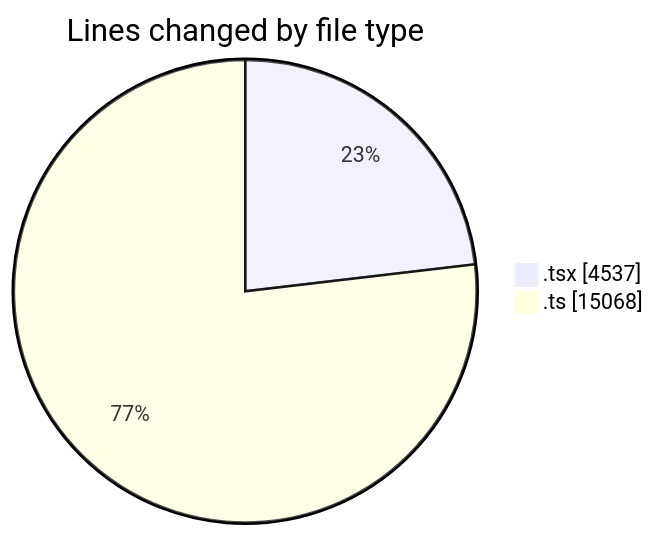
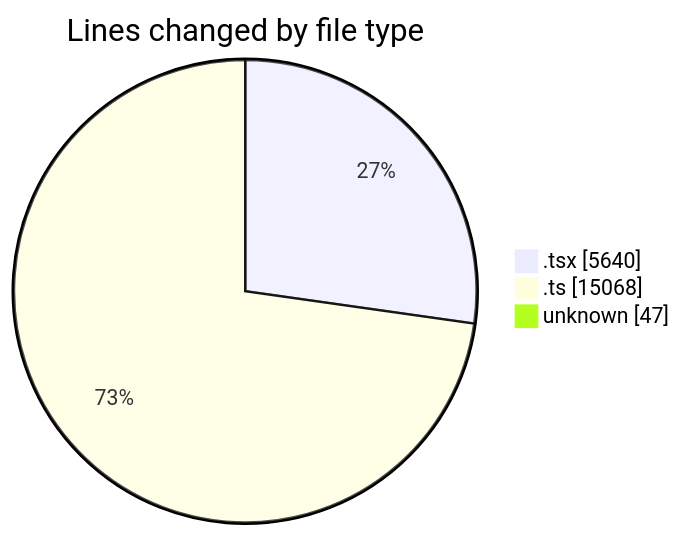
The first of 2 diagrams in 2025-09-22/cda/README.md (momahboobian/code-tracking), drawn with Mermaid before and after one commit. The commit also changed other lines of this file and 1 other file, not shown here.

````diff
--- a/2025-09-22/cda/README.md
+++ b/2025-09-22/cda/README.md
@@ -31,6 +32,7 @@
 ```mermaid
 pie showData
 title Lines changed by file type
-".tsx" : 4537
+".tsx" : 5640
 ".ts" : 15068
+"unknown" : 47
 ```
````
